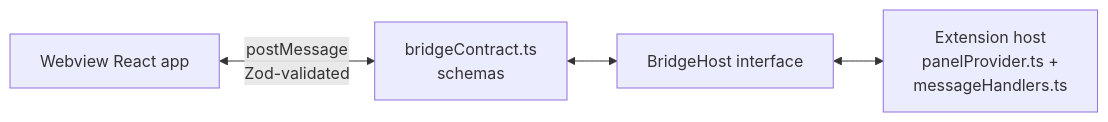
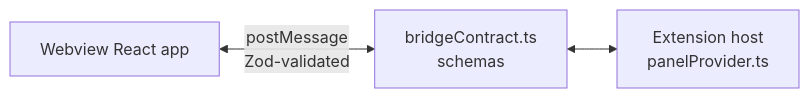
The third of 3 diagrams in docs/DEVELOPER_GUIDE.md (ChrisDevRepo/vscode_data_lineage), drawn with Mermaid before and after one commit. The commit also changed other lines of this file and 17 other files, not shown here.

````diff
--- a/docs/DEVELOPER_GUIDE.md
+++ b/docs/DEVELOPER_GUIDE.md
@@ -88,6 +88,5 @@
 ```mermaid
 flowchart LR
     WV[Webview React app] <-->|postMessage<br/>Zod-validated| BC[bridgeContract.ts<br/>schemas]
-    BC <--> BH[BridgeHost interface]
-    BH <--> EXT[Extension host<br/>panelProvider.ts +<br/>messageHandlers.ts]
+    BC <--> EXT[Extension host<br/>panelProvider.ts]
 ```
````
